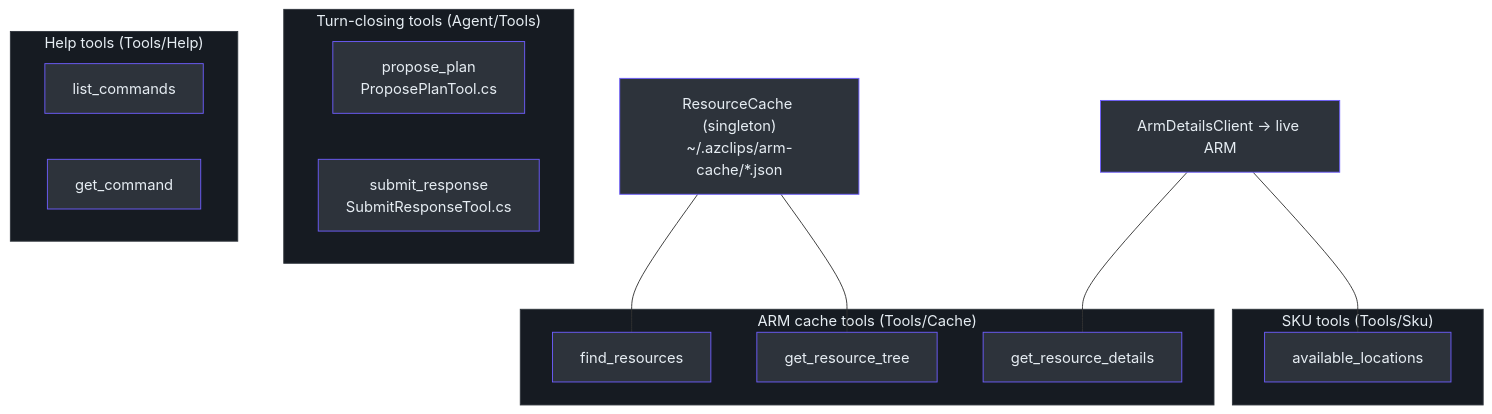
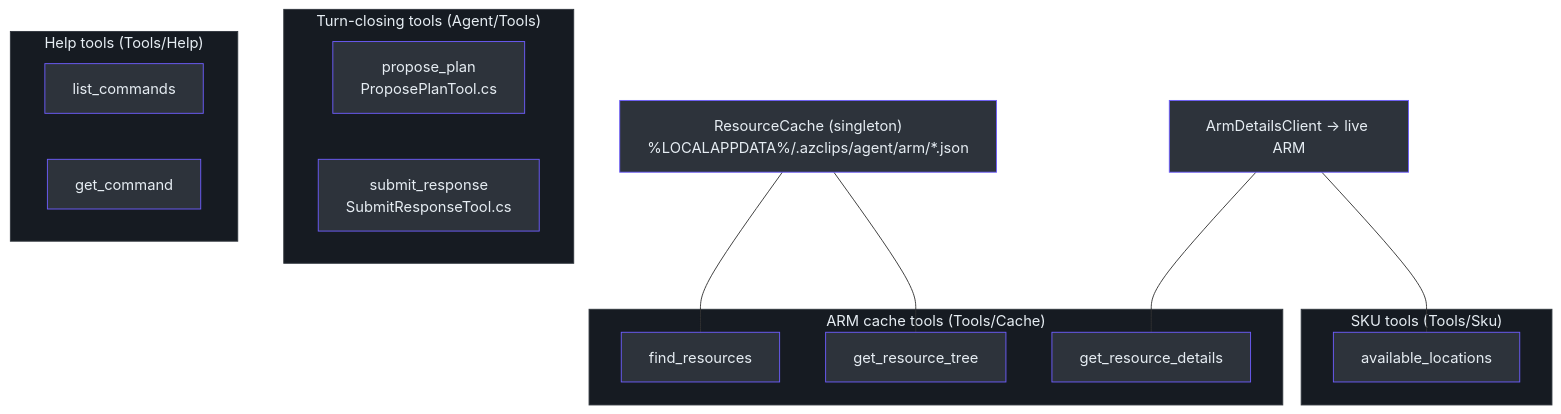
Before and after one commit to Azure/azclips: the third of 3 diagrams in wiki/02-deep-dive/ai-agent.md, drawn with Mermaid. The commit also changed other lines of this file and 22 other files, not shown here.

First line of the commit message:
Move Agent program data under LocalAppData/.azclips/agent and expire it

````diff
--- a/wiki/02-deep-dive/ai-agent.md
+++ b/wiki/02-deep-dive/ai-agent.md
@@ -244,38 +244,38 @@
 ```mermaid
 flowchart TB
     subgraph Turn["Turn-closing tools (Agent/Tools)"]
         PP["propose_plan<br>ProposePlanTool.cs"]
         SR["submit_response<br>SubmitResponseTool.cs"]
     end
     subgraph Help["Help tools (Tools/Help)"]
         LC["list_commands"]
         GC["get_command"]
     end
     subgraph Cache["ARM cache tools (Tools/Cache)"]
         FR["find_resources"]
         RT["get_resource_tree"]
         RD["get_resource_details"]
     end
     subgraph Sku["SKU tools (Tools/Sku)"]
         AL["available_locations"]
     end
-    RC["ResourceCache (singleton)<br>~/.azclips/arm-cache/*.json"] --- FR
+    RC["ResourceCache (singleton)<br>%LOCALAPPDATA%/.azclips/agent/arm/*.json"] --- FR
     RC --- RT
     ARM["ArmDetailsClient → live ARM"] --- RD
     ARM --- AL
 
     style PP fill:#2d333b,stroke:#6d5dfc,color:#e6edf3
     style SR fill:#2d333b,stroke:#6d5dfc,color:#e6edf3
     style LC fill:#2d333b,stroke:#6d5dfc,color:#e6edf3
     style GC fill:#2d333b,stroke:#6d5dfc,color:#e6edf3
     style FR fill:#2d333b,stroke:#6d5dfc,color:#e6edf3
     style RT fill:#2d333b,stroke:#6d5dfc,color:#e6edf3
     style RD fill:#2d333b,stroke:#6d5dfc,color:#e6edf3
     style AL fill:#2d333b,stroke:#6d5dfc,color:#e6edf3
     style RC fill:#2d333b,stroke:#6d5dfc,color:#e6edf3
     style ARM fill:#2d333b,stroke:#6d5dfc,color:#e6edf3
     style Turn fill:#161b22,stroke:#30363d,color:#e6edf3
     style Help fill:#161b22,stroke:#30363d,color:#e6edf3
     style Cache fill:#161b22,stroke:#30363d,color:#e6edf3
     style Sku fill:#161b22,stroke:#30363d,color:#e6edf3
 ```
````
